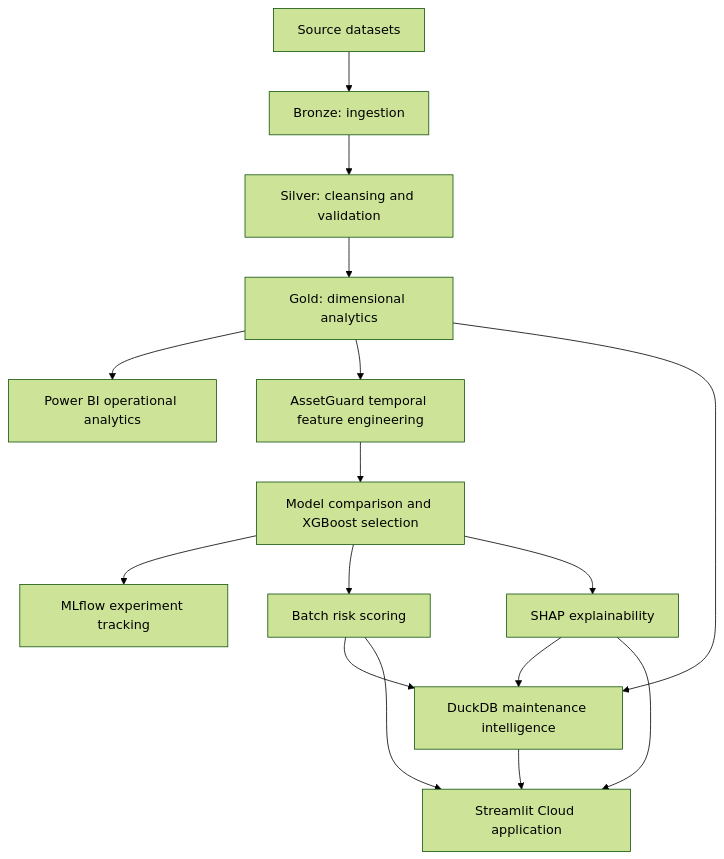
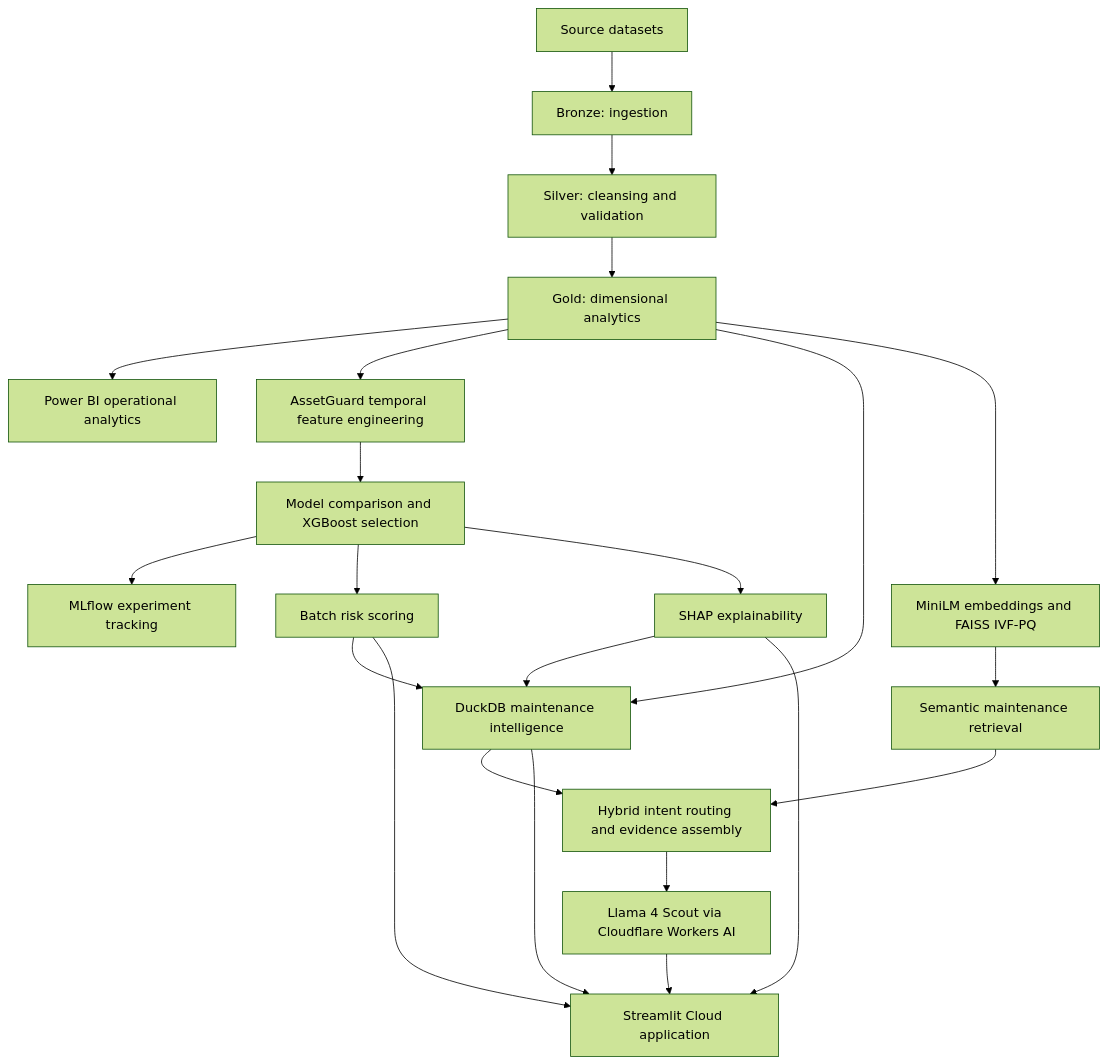
The first of 3 diagrams in README.md (TriptiSingh-Developer/AssetFusion360), drawn with Mermaid (forest theme) before and after one commit. The commit also changed other lines of this file, not shown here.

Commit message:
Document AssetGuard agentic AI, semantic RAG and measured retrieval benchmarks

````diff
--- a/README.md
+++ b/README.md
@@ -38,18 +42,24 @@
 ```mermaid
 flowchart TD
     A[Source datasets] --> B[Bronze: ingestion]
     B --> C[Silver: cleansing and validation]
     C --> D[Gold: dimensional analytics]
     D --> E[Power BI operational analytics]
     D --> F[AssetGuard temporal feature engineering]
     F --> G[Model comparison and XGBoost selection]
     G --> H[MLflow experiment tracking]
     G --> I[Batch risk scoring]
     G --> J[SHAP explainability]
     I --> K[DuckDB maintenance intelligence]
     J --> K
     D --> K
-    K --> L[Streamlit Cloud application]
+    D --> M[MiniLM embeddings and FAISS IVF-PQ]
+    M --> N[Semantic maintenance retrieval]
+    K --> O[Hybrid intent routing and evidence assembly]
+    N --> O
+    O --> P[Llama 4 Scout via Cloudflare Workers AI]
+    P --> L[Streamlit Cloud application]
+    K --> L
     I --> L
     J --> L
 ```
````
